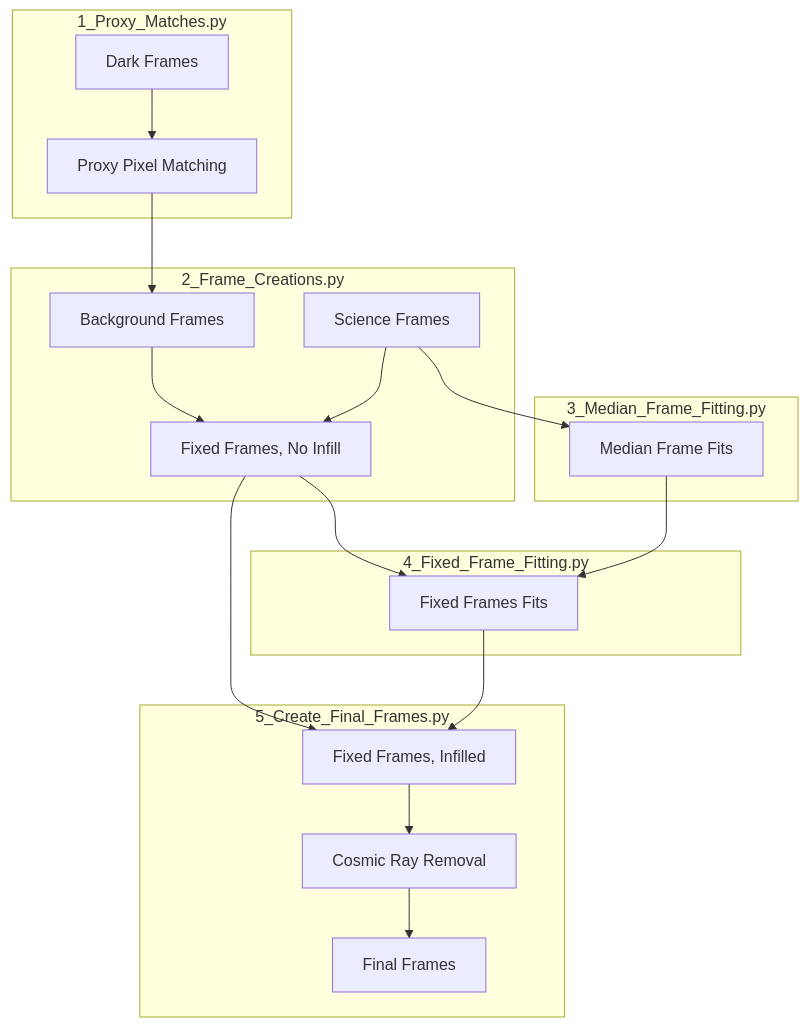
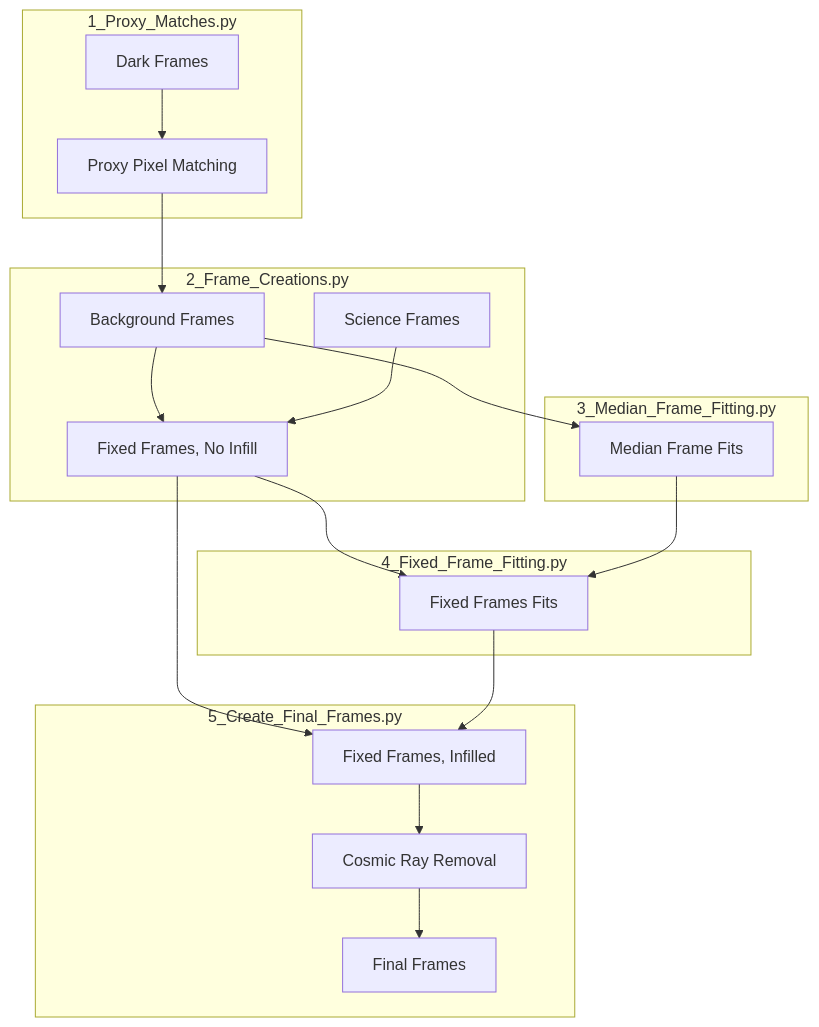
One commit to sees9730/CUTE-CubeSat-Proxy-Pixel-Pipeline changed the diagram in README.md. Above: the diagram before and after it, drawn with Mermaid. The commit also changed other lines of this file, not shown here.

````diff
--- a/README.md
+++ b/README.md
@@ -57,21 +57,21 @@
 ```mermaid
 flowchart TD;
     subgraph 1_Proxy_Matches.py
     A[Dark Frames] --> B[Proxy Pixel Matching];
     end
     subgraph 2_Frame_Creations.py
     B --> C[Background Frames];
     C & D[Science Frames] --> E[Fixed Frames, No Infill];
     end
     subgraph 3_Median_Frame_Fitting.py
-    D --> F[Median Frame Fits]
+    C --> F[Median Frame Fits]
     end
     subgraph 4_Fixed_Frame_Fitting.py
     E & F --> G[Fixed Frames Fits];
     end
     E & G --> H[Fixed Frames, Infilled];
     subgraph 5_Create_Final_Frames.py
     H --> I[Cosmic Ray Removal]
     I --> J[Final Frames];
     end
 ```
````
